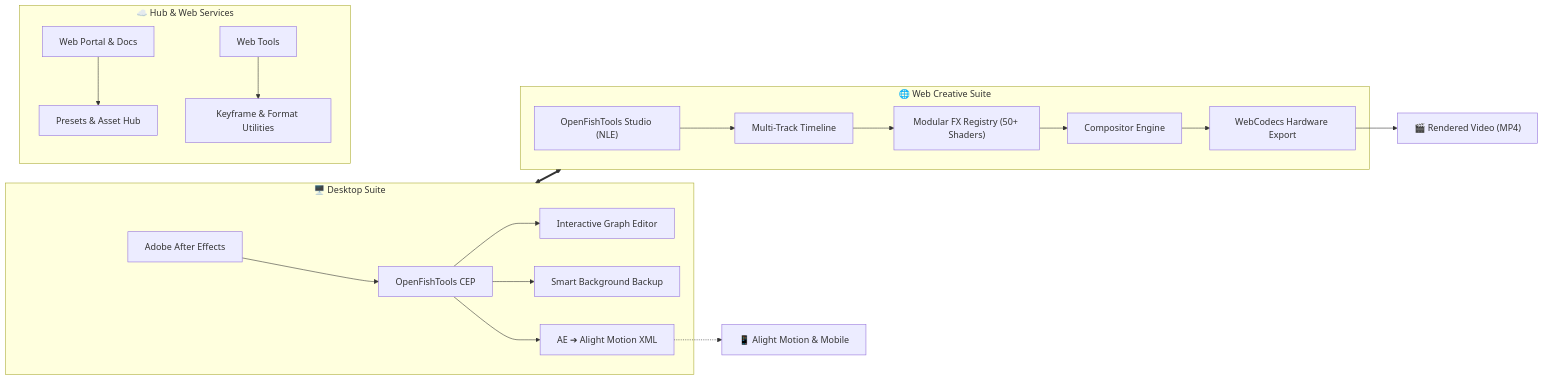
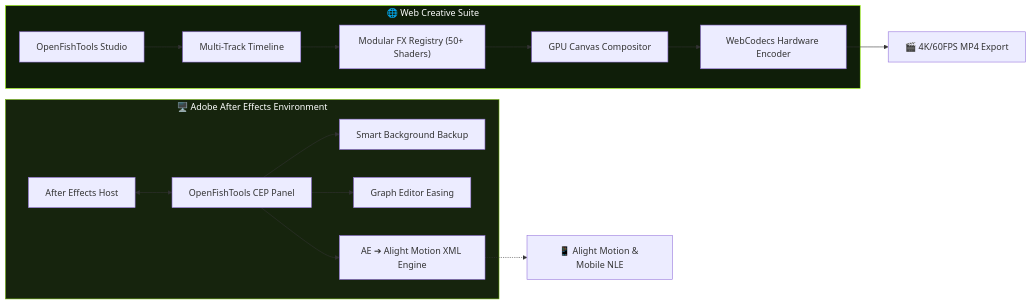
One commit to openfishtools/.github changed the diagram in profile/README.md. Above: the diagram before and after it, drawn with Mermaid. The commit also changed other lines of this file and 2 other files, not shown here.

````diff
--- a/profile/README.md
+++ b/profile/README.md
@@ -86,25 +91,27 @@
 ```mermaid
 flowchart LR
-    subgraph Desktop["🖥️ Desktop Suite"]
-        AE["Adobe After Effects"] --> CEP["OpenFishTools CEP"]
-        CEP --> Easing["Interactive Graph Editor"]
+    subgraph AE_ENV["🖥️ Adobe After Effects Environment"]
+        AE["After Effects Host"]
+        CEP["OpenFishTools CEP Panel"]
+        AE <--> CEP
         CEP --> AutoSave["Smart Background Backup"]
-        CEP --> Converter["AE ➔ Alight Motion XML"]
+        CEP --> Easing["Graph Editor Easing"]
+        CEP --> Converter["AE ➔ Alight Motion XML Engine"]
     end
 
-    subgraph Browser["🌐 Web Creative Suite"]
-        Studio["OpenFishTools Studio (NLE)"] --> Timeline["Multi-Track Timeline"]
-        Timeline --> FX["Modular FX Registry (50+ Shaders)"]
-        FX --> Canvas["Compositor Engine"]
-        Canvas --> WebCodecs["WebCodecs Hardware Export"]
+    subgraph WEB_ENV["🌐 Web Creative Suite"]
+        Studio["OpenFishTools Studio"]
+        Timeline["Multi-Track Timeline"]
+        FX["Modular FX Registry (50+ Shaders)"]
+        Canvas["GPU Canvas Compositor"]
+        WebCodecs["WebCodecs Hardware Encoder"]
+        
+        Studio --> Timeline --> FX --> Canvas --> WebCodecs
     end
 
-    subgraph Hub["☁️ Hub & Web Services"]
-        WebPortal["Web Portal & Docs"] --> Assets["Presets & Asset Hub"]
-        WebTools["Web Tools"] --> Helpers["Keyframe & Format Utilities"]
-    end
-
-    Converter -.-> Mobile["📱 Alight Motion & Mobile"]
-    WebCodecs --> MP4["🎬 Rendered Video (MP4)"]
-    Desktop <===> Browser
+    Converter -.-> Mobile["📱 Alight Motion & Mobile NLE"]
+    WebCodecs --> Export["🎬 4K/60FPS MP4 Export"]
+    
+    style AE_ENV fill:#16240d,stroke:#6BAE00,stroke-width:1px,color:#fff
+    style WEB_ENV fill:#0f1e09,stroke:#9DFF00,stroke-width:1px,color:#fff
 ```
````
